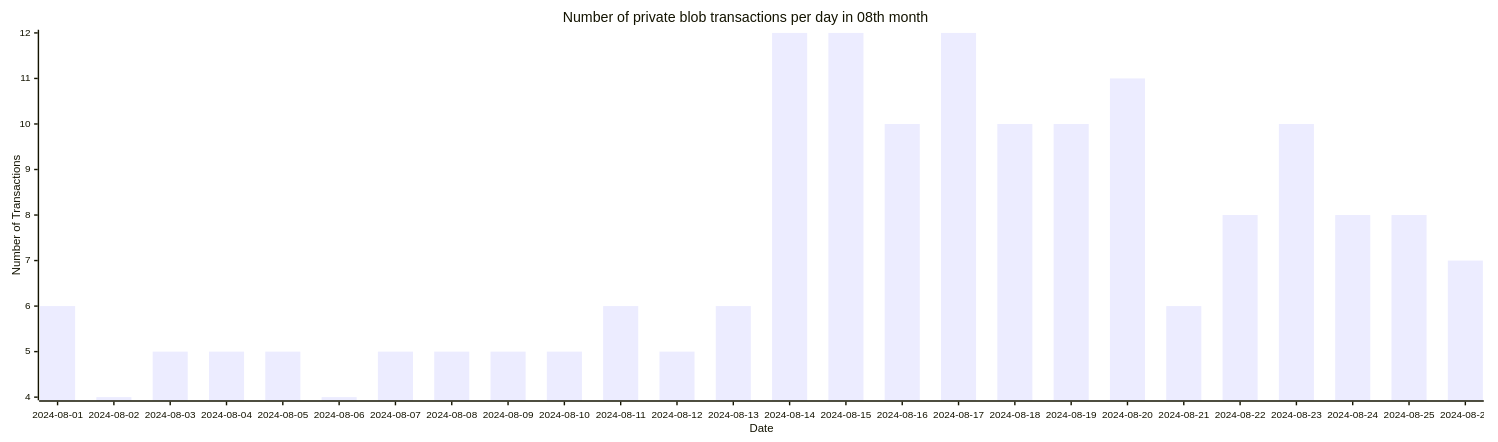
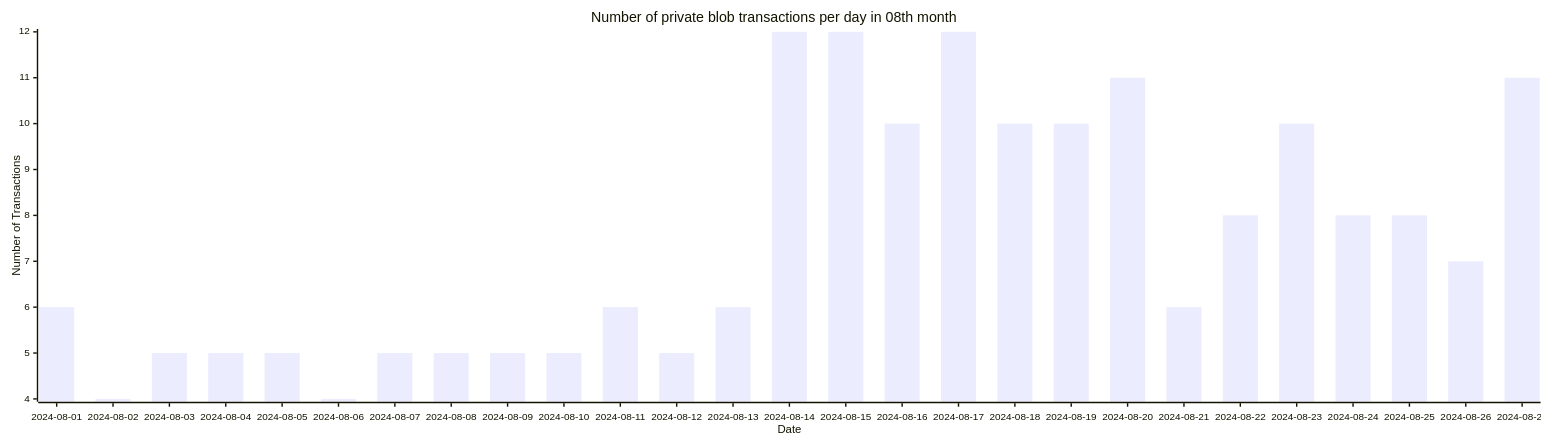
Before and after one commit to Amit0617/eip4844-data: the sixth of 6 diagrams in README.md, drawn with Mermaid. The commit also changed 1 other file, not shown here.

````diff
--- a/README.md
+++ b/README.md
@@ -66,12 +66,12 @@
 ```mermaid
 ---
 config:
     xyChart:
-        width: 2080
+        width: 2160
         height: 600
 ---
 xychart-beta title "Number of private blob transactions per day in 08th month"
-x-axis "Date" [2024-08-01,2024-08-02,2024-08-03,2024-08-04,2024-08-05,2024-08-06,2024-08-07,2024-08-08,2024-08-09,2024-08-10,2024-08-11,2024-08-12,2024-08-13,2024-08-14,2024-08-15,2024-08-16,2024-08-17,2024-08-18,2024-08-19,2024-08-20,2024-08-21,2024-08-22,2024-08-23,2024-08-24,2024-08-25,2024-08-26]
+x-axis "Date" [2024-08-01,2024-08-02,2024-08-03,2024-08-04,2024-08-05,2024-08-06,2024-08-07,2024-08-08,2024-08-09,2024-08-10,2024-08-11,2024-08-12,2024-08-13,2024-08-14,2024-08-15,2024-08-16,2024-08-17,2024-08-18,2024-08-19,2024-08-20,2024-08-21,2024-08-22,2024-08-23,2024-08-24,2024-08-25,2024-08-26,2024-08-27]
 y-axis "Number of Transactions"
-bar[6,4,5,5,5,4,5,5,5,5,6,5,6,12,12,10,12,10,10,11,6,8,10,8,8,7]
+bar[6,4,5,5,5,4,5,5,5,5,6,5,6,12,12,10,12,10,10,11,6,8,10,8,8,7,11]
 ```
````
